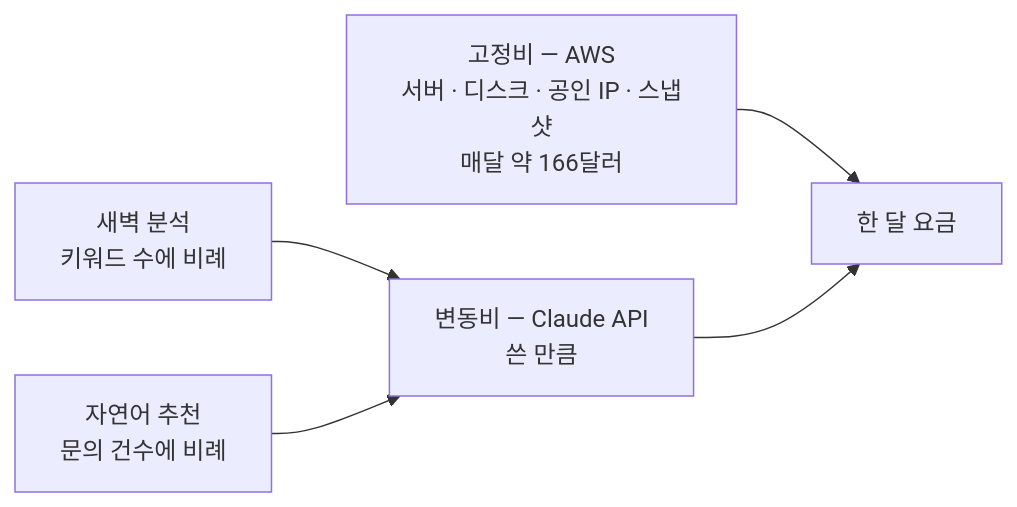
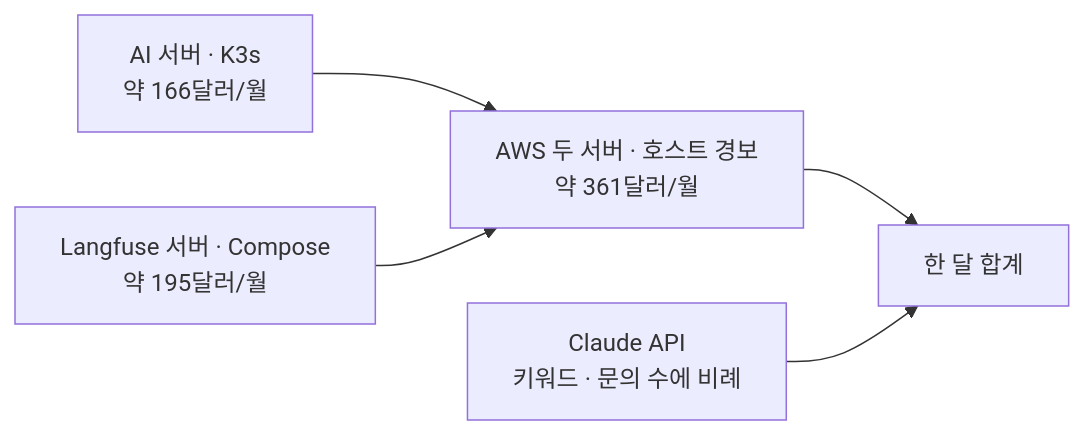
One commit to hsw4606/ddalgiro-ai-agent changed the diagram in docs/00-개요/04-월-비용-계산.md. Above: the diagram before and after it, drawn with Mermaid. The commit also changed other lines of this file and 8 other files, not shown here.

````diff
--- a/docs/00-개요/04-월-비용-계산.md
+++ b/docs/00-개요/04-월-비용-계산.md
@@ -15,7 +15,7 @@
 ```mermaid
 flowchart LR
-    F["고정비 — AWS<br/>서버 · 디스크 · 공인 IP · 스냅샷<br/>매달 약 166달러"] --> T["한 달 요금"]
-    V1["새벽 분석<br/>키워드 수에 비례"] --> V["변동비 — Claude API<br/>쓴 만큼"]
-    V2["자연어 추천<br/>문의 건수에 비례"] --> V
-    V --> T
+    AI["AI 서버 · K3s<br/>약 166달러/월"] --> F["AWS 두 서버 · 호스트 경보<br/>약 361달러/월"]
+    LF["Langfuse 서버 · Compose<br/>약 195달러/월"] --> F
+    F --> T["한 달 합계"]
+    V["Claude API<br/>키워드 · 문의 수에 비례"] --> T
 ```
````
